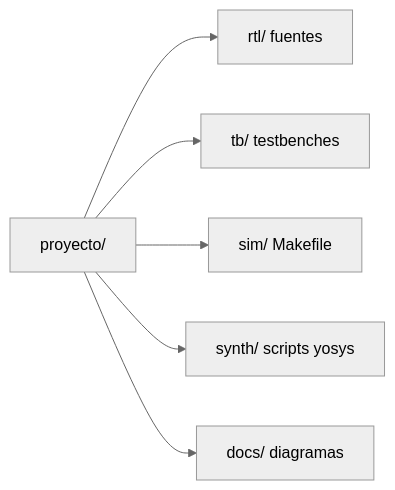
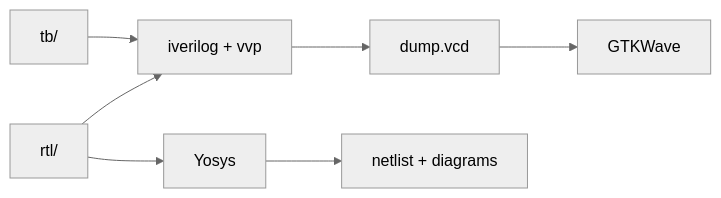
One commit to EduardoZamoran/foss-designs changed the diagram in README.md. Above: the diagram before and after it, drawn with Mermaid (neutral theme). The commit also changed other lines of this file, not shown here.

````diff
--- a/README.md
+++ b/README.md
@@ -36,8 +33,9 @@
 ```mermaid
 flowchart LR
-  P[proyecto/] --> R[rtl/ fuentes]
-  P --> T[tb/ testbenches]
-  P --> S[sim/ Makefile]
-  P --> Y[synth/ scripts yosys]
-  P --> D[docs/ diagramas]
+  RTL[rtl/] --> SIM[iverilog + vvp]
+  TB[tb/] --> SIM
+  SIM --> VCD[dump.vcd]
+  VCD --> GTK[GTKWave]
+  RTL --> YS[Yosys]
+  YS --> NET[netlist + diagrams]
 ```
````
